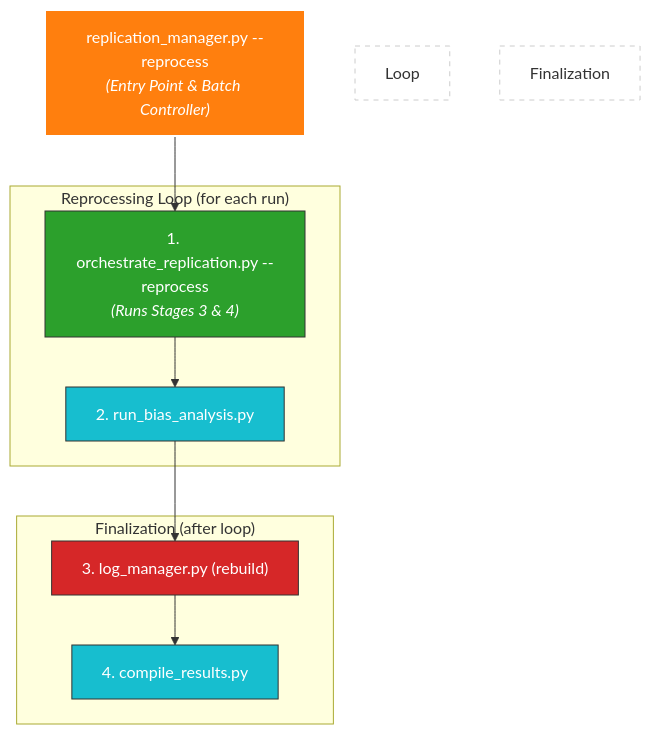
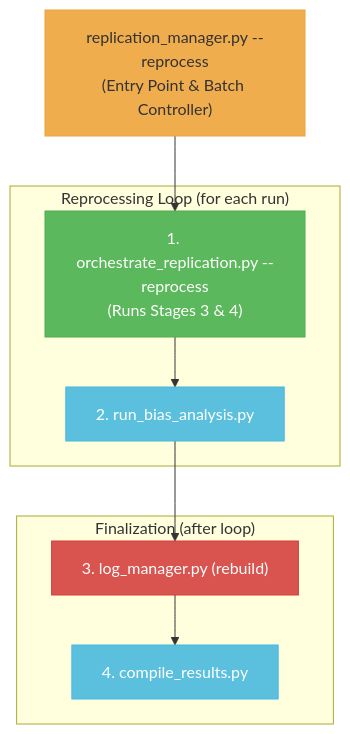
One commit to peterjmarko/llm-narrative-framework changed the diagram in docs/diagrams/architecture_workflow_3_reprocess.mmd. Above: the diagram before and after it, drawn with Mermaid. The commit also changed 22 other files, not shown here.

```diff
--- a/docs/diagrams/architecture_workflow_3_reprocess.mmd
+++ b/docs/diagrams/architecture_workflow_3_reprocess.mmd
@@ -1,34 +1,32 @@
-graph TD;
+graph TD
+    %% Define Nodes
+    EntryPoint["replication_manager.py --reprocess<br/>(Entry Point & Batch Controller)"]:::entry
+    
+    Orchestrate["1. orchestrate_replication.py --reprocess<br/>(Runs Stages 3 & 4)"]:::layer_green
+    BiasAnalysis["2. run_bias_analysis.py"]:::script
+    
+    LogManager["3. log_manager.py (rebuild)"]:::danger
+    CompileResults["4. compile_results.py"]:::script
 
-    %% --- Style Definitions (Based on Original Palette) ---
-    classDef ReplicationManager fill:#ff7f0e,stroke:#fff,stroke-width:2px,color:#fff;
-    classDef Orchestrator fill:#2ca02c,stroke:#333,stroke-width:1px,color:#fff;
-    classDef Utility fill:#d62728,stroke:#333,stroke-width:1px,color:#fff;
-    classDef Analysis fill:#17becf,stroke:#333,stroke-width:1px,color:#fff;
+    %% Define Connections
+    EntryPoint --> Orchestrate
+    Orchestrate --> BiasAnalysis
+    BiasAnalysis --> LogManager
+    LogManager --> CompileResults
 
-    %% === Top Level Entry Point ===
-    rep_man["replication_manager.py --reprocess<br/><i>(Entry Point & Batch Controller)</i>"]:::ReplicationManager;
-
-    %% === Looping Actions ===
+    %% Group Nodes into Subgraphs
     subgraph "Reprocessing Loop (for each run)"
-        style Loop fill:transparent,stroke:#ccc,stroke-dasharray: 5 5
-        orch["1. orchestrate_replication.py --reprocess<br/><i>(Runs Stages 3 & 4)</i>"]:::Orchestrator;
-        bias_an["2. run_bias_analysis.py"]:::Analysis;
-    end
-    
-    %% === Finalization Actions ===
-    subgraph "Finalization (after loop)"
-        style Finalization fill:transparent,stroke:#ccc,stroke-dasharray: 5 5
-        log_man["3. log_manager.py (rebuild)"]:::Utility;
-        compile_res["4. compile_results.py"]:::Analysis;
+        Orchestrate
+        BiasAnalysis
     end
 
-    %% === Connections ===
-    rep_man --> orch;
-    orch --> bias_an;
-    
-    %% Explicitly connect the last step of the loop to the first step of finalization
-    %% This correctly shows sequence and is compatible with all parsers.
-    bias_an --> log_man;
-    
-    log_man --> compile_res;
+    subgraph "Finalization (after loop)"
+        LogManager
+        CompileResults
+    end
+
+    %% Styling
+    classDef entry fill:#f0ad4e,stroke:#eea236,color:#333;
+    classDef layer_green fill:#5cb85c,stroke:#4cae4c,color:#fff;
+    classDef script fill:#5bc0de,stroke:#46b8da,color:#fff;
+    classDef danger fill:#d9534f,stroke:#d43f3a,color:#fff;
```
